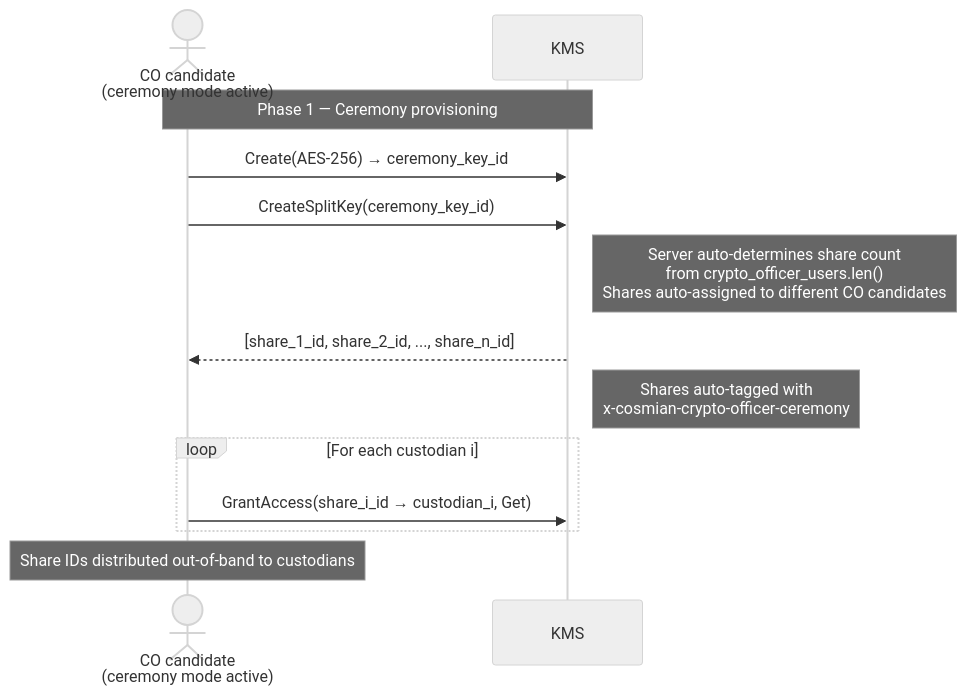
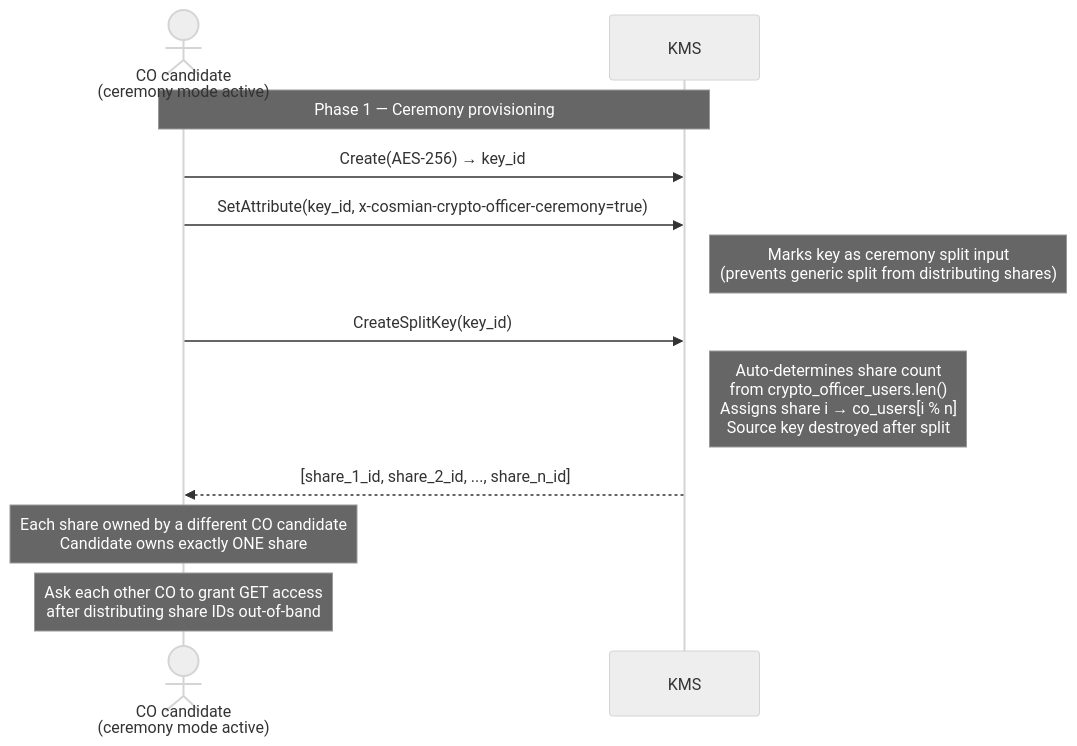
The second of 6 diagrams in documentation/docs/configuration/authorization/key_ceremony.md (Cosmian/kms), drawn with Mermaid (neutral theme) before and after one commit. The commit also changed other lines of this file and 48 other files, not shown here.

First line of the commit message:
feat(ui): brand theme + configurable split key ID + peer CO revocation UI

````diff
--- a/documentation/docs/configuration/authorization/key_ceremony.md
+++ b/documentation/docs/configuration/authorization/key_ceremony.md
@@ -165,21 +159,20 @@
 ```mermaid
 sequenceDiagram
     actor Candidate as CO candidate<br/>(ceremony mode active)
     participant KMS
 
     Note over Candidate,KMS: Phase 1 — Ceremony provisioning
 
-    Candidate->>KMS: Create(AES-256) → ceremony_key_id
-    Candidate->>KMS: CreateSplitKey(ceremony_key_id)
-    Note right of KMS: Server auto-determines share count<br/>from crypto_officer_users.len()<br/>Shares auto-assigned to different CO candidates
+    Candidate->>KMS: Create(AES-256) → key_id
+    Candidate->>KMS: SetAttribute(key_id, x-cosmian-crypto-officer-ceremony=true)
+    Note right of KMS: Marks key as ceremony split input<br/>(prevents generic split from distributing shares)
+
+    Candidate->>KMS: CreateSplitKey(key_id)
+    Note right of KMS: Auto-determines share count<br/>from crypto_officer_users.len()<br/>Assigns share i → co_users[i % n]<br/>Source key destroyed after split
 
     KMS-->>Candidate: [share_1_id, share_2_id, ..., share_n_id]
 
-    Note right of KMS: Shares auto-tagged with<br/>x-cosmian-crypto-officer-ceremony
+    Note over Candidate: Each share owned by a different CO candidate<br/>Candidate owns exactly ONE share
 
-    loop For each custodian i
-        Candidate->>KMS: GrantAccess(share_i_id → custodian_i, Get)
-    end
-
-    Note over Candidate: Share IDs distributed out-of-band to custodians
+    Note over Candidate: Ask each other CO to grant GET access<br/>after distributing share IDs out-of-band
 ```
````
